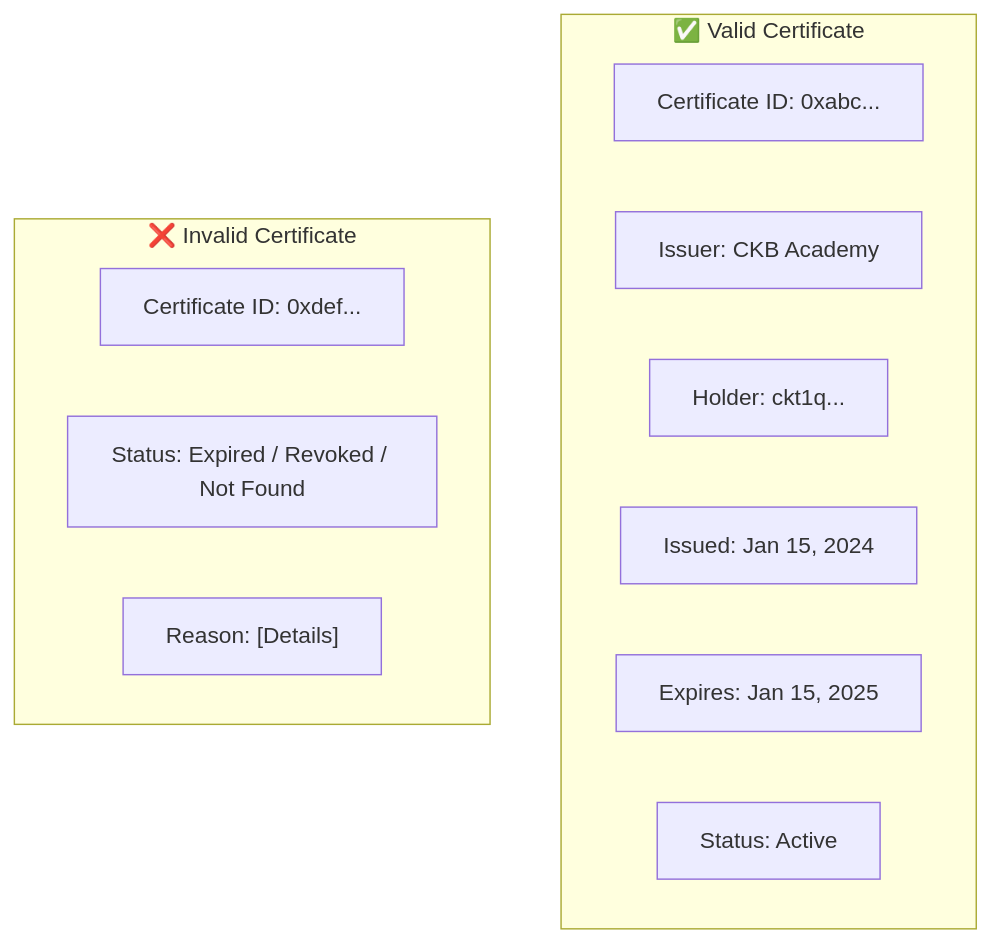
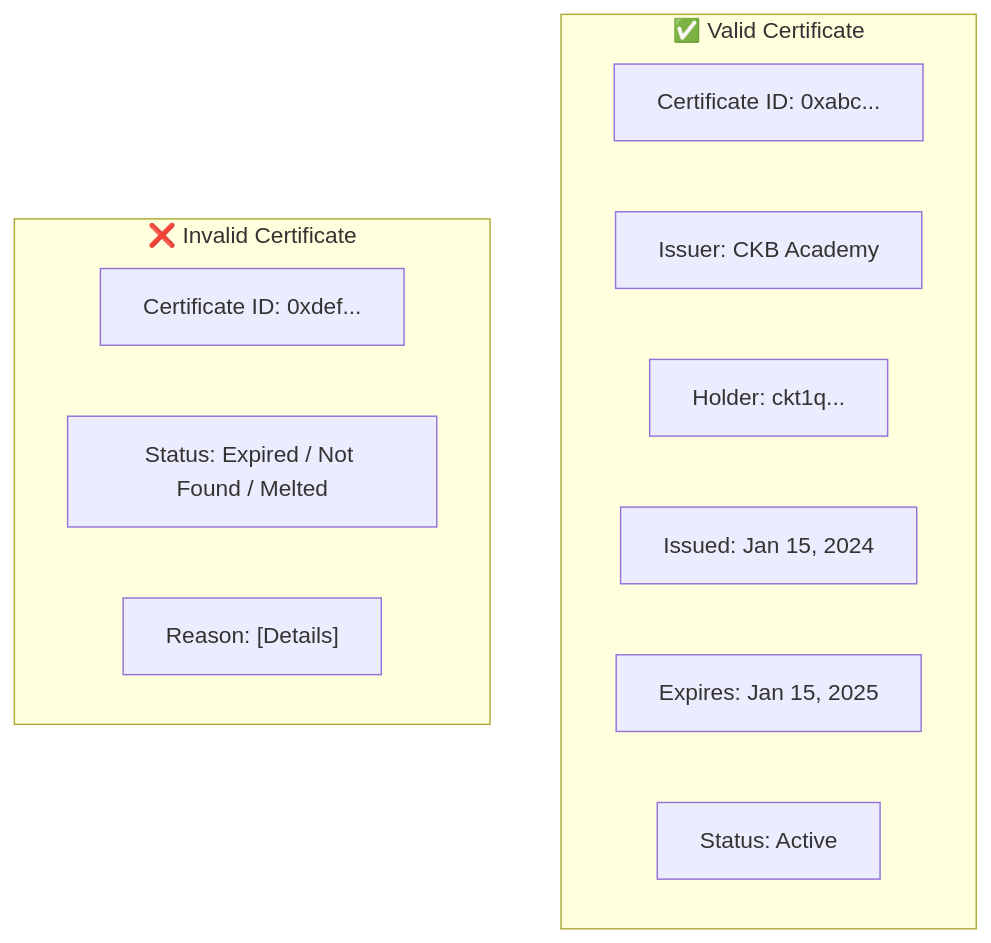
The second of 2 diagrams in doc/Design_spec/04_Verification_Service.md (hiepthach/CertifyCKB), drawn with Mermaid before and after one commit. The commit also changed other lines of this file and 25 other files, not shown here.

````diff
--- a/doc/Design_spec/04_Verification_Service.md
+++ b/doc/Design_spec/04_Verification_Service.md
@@ -237,17 +226,17 @@
 ```mermaid
 graph TD
     subgraph Valid["✅ Valid Certificate"]
         V1["Certificate ID: 0xabc..."]
         V2["Issuer: CKB Academy"]
         V3["Holder: ckt1q..."]
         V4["Issued: Jan 15, 2024"]
         V5["Expires: Jan 15, 2025"]
         V6["Status: Active"]
     end
 
     subgraph Invalid["❌ Invalid Certificate"]
         I1["Certificate ID: 0xdef..."]
-        I2["Status: Expired / Revoked / Not Found"]
+        I2["Status: Expired / Not Found / Melted"]
         I3["Reason: [Details]"]
     end
 ```
````
